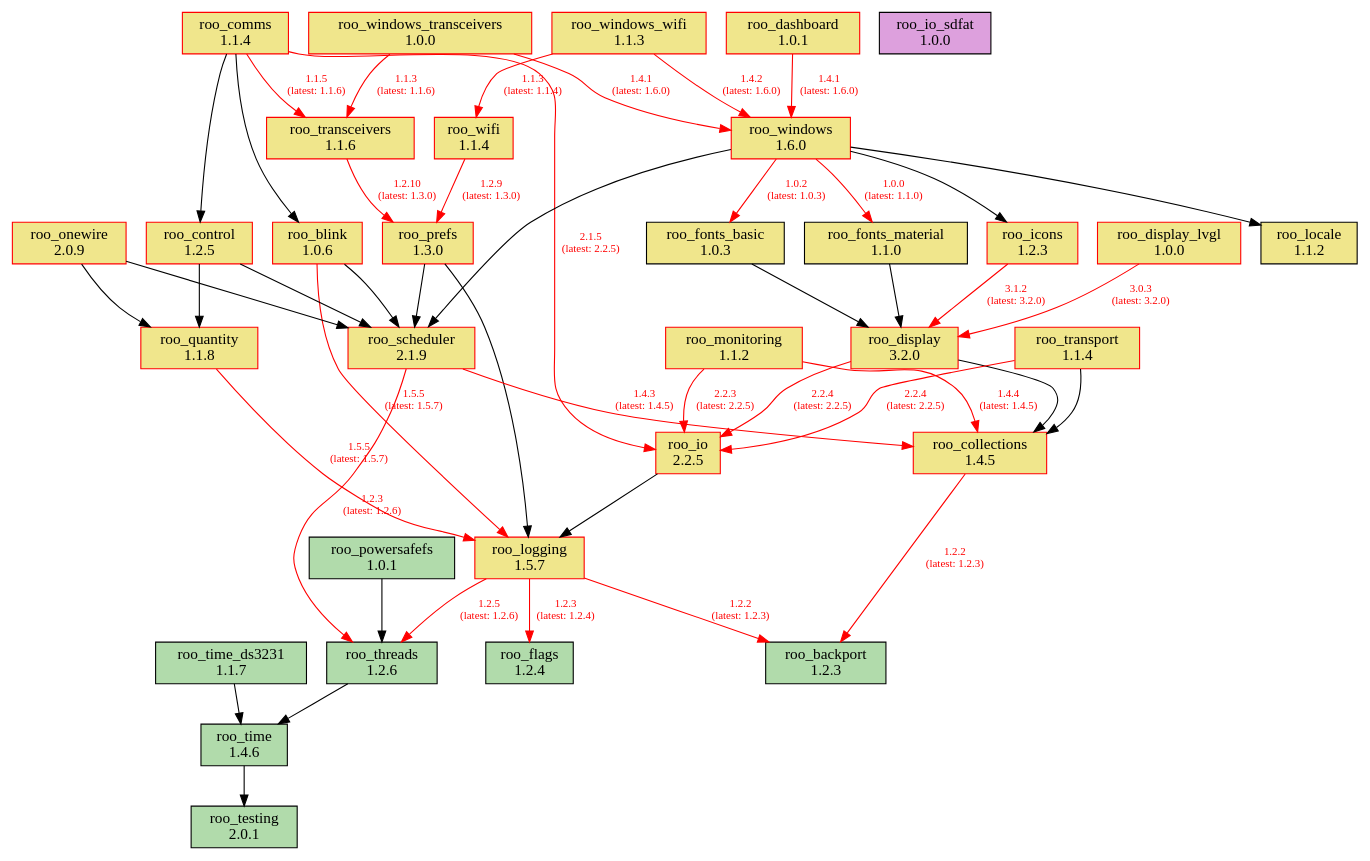
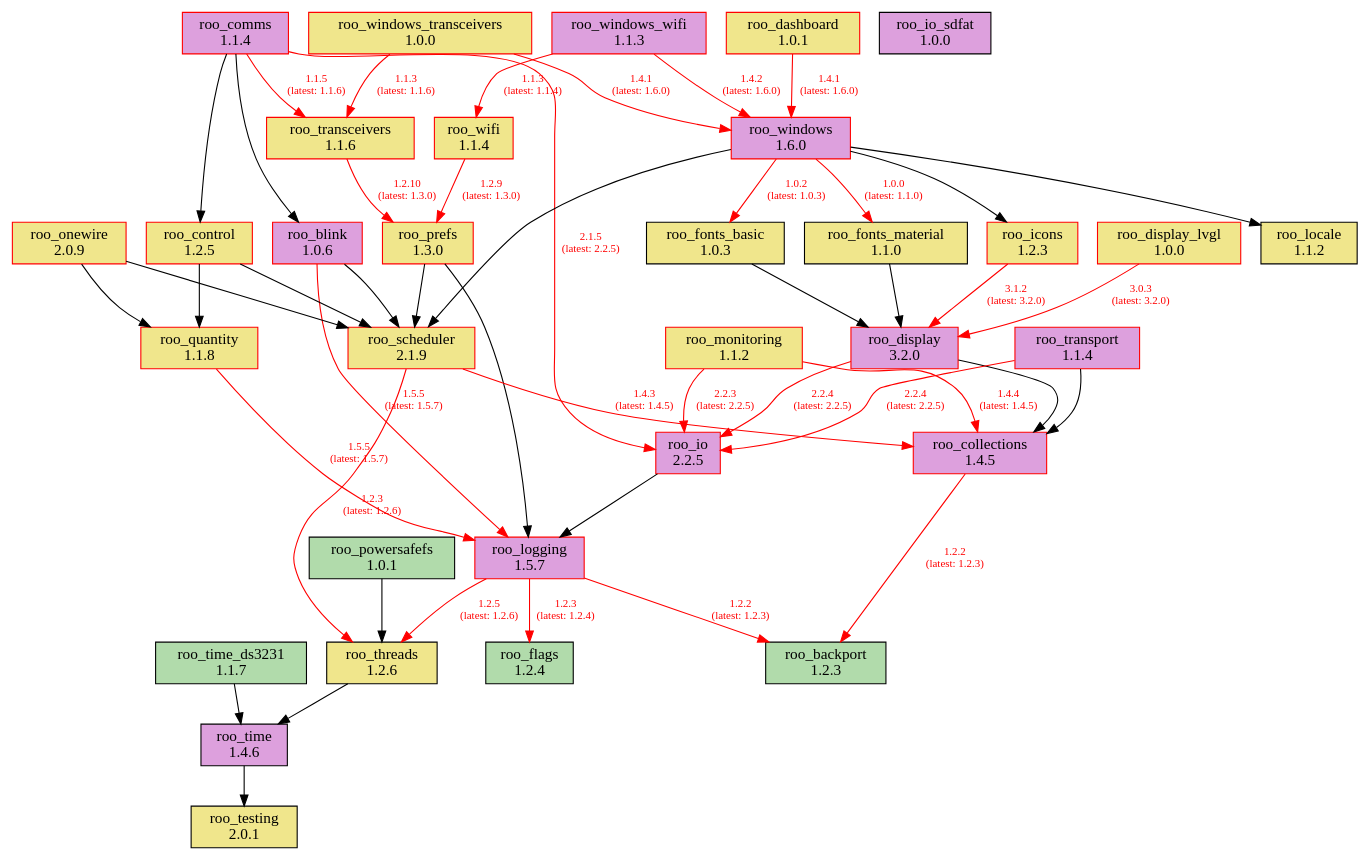
One commit to dejwk/roo-registry changed the diagram in doc/dependencies.dot. Above: the diagram before and after it, drawn with Graphviz. The commit also changed 1 other file, not shown here.

```diff
--- a/doc/dependencies.dot
+++ b/doc/dependencies.dot
@@ -1,87 +1,87 @@
 digraph dependencies {
     rankdir=TB;
     node [shape=box, style=filled];
     edge [fontsize=10];
 
     // Modules
     "roo_backport" [label="roo_backport\n1.2.3", fillcolor="#b1dbab", color="black"];
-    "roo_blink" [label="roo_blink\n1.0.6", fillcolor="khaki", color="red"];
-    "roo_collections" [label="roo_collections\n1.4.5", fillcolor="khaki", color="red"];
-    "roo_comms" [label="roo_comms\n1.1.4", fillcolor="khaki", color="red"];
+    "roo_blink" [label="roo_blink\n1.0.6", fillcolor="plum", color="red"];
+    "roo_collections" [label="roo_collections\n1.4.5", fillcolor="plum", color="red"];
+    "roo_comms" [label="roo_comms\n1.1.4", fillcolor="plum", color="red"];
     "roo_control" [label="roo_control\n1.2.5", fillcolor="khaki", color="red"];
     "roo_dashboard" [label="roo_dashboard\n1.0.1", fillcolor="khaki", color="red"];
-    "roo_display" [label="roo_display\n3.2.0", fillcolor="khaki", color="red"];
+    "roo_display" [label="roo_display\n3.2.0", fillcolor="plum", color="red"];
     "roo_display_lvgl" [label="roo_display_lvgl\n1.0.0", fillcolor="khaki", color="red"];
     "roo_flags" [label="roo_flags\n1.2.4", fillcolor="#b1dbab", color="black"];
     "roo_fonts_basic" [label="roo_fonts_basic\n1.0.3", fillcolor="khaki", color="black"];
     "roo_fonts_material" [label="roo_fonts_material\n1.1.0", fillcolor="khaki", color="black"];
     "roo_icons" [label="roo_icons\n1.2.3", fillcolor="khaki", color="red"];
-    "roo_io" [label="roo_io\n2.2.5", fillcolor="khaki", color="red"];
+    "roo_io" [label="roo_io\n2.2.5", fillcolor="plum", color="red"];
     "roo_io_sdfat" [label="roo_io_sdfat\n1.0.0", fillcolor="plum", color="black"];
     "roo_locale" [label="roo_locale\n1.1.2", fillcolor="khaki", color="black"];
-    "roo_logging" [label="roo_logging\n1.5.7", fillcolor="khaki", color="red"];
+    "roo_logging" [label="roo_logging\n1.5.7", fillcolor="plum", color="red"];
     "roo_monitoring" [label="roo_monitoring\n1.1.2", fillcolor="khaki", color="red"];
     "roo_onewire" [label="roo_onewire\n2.0.9", fillcolor="khaki", color="red"];
     "roo_powersafefs" [label="roo_powersafefs\n1.0.1", fillcolor="#b1dbab", color="black"];
     "roo_prefs" [label="roo_prefs\n1.3.0", fillcolor="khaki", color="red"];
     "roo_quantity" [label="roo_quantity\n1.1.8", fillcolor="khaki", color="red"];
     "roo_scheduler" [label="roo_scheduler\n2.1.9", fillcolor="khaki", color="red"];
-    "roo_testing" [label="roo_testing\n2.0.1", fillcolor="#b1dbab", color="black"];
-    "roo_threads" [label="roo_threads\n1.2.6", fillcolor="#b1dbab", color="black"];
-    "roo_time" [label="roo_time\n1.4.6", fillcolor="#b1dbab", color="black"];
+    "roo_testing" [label="roo_testing\n2.0.1", fillcolor="khaki", color="black"];
+    "roo_threads" [label="roo_threads\n1.2.6", fillcolor="khaki", color="black"];
+    "roo_time" [label="roo_time\n1.4.6", fillcolor="plum", color="black"];
     "roo_time_ds3231" [label="roo_time_ds3231\n1.1.7", fillcolor="#b1dbab", color="black"];
     "roo_transceivers" [label="roo_transceivers\n1.1.6", fillcolor="khaki", color="red"];
-    "roo_transport" [label="roo_transport\n1.1.4", fillcolor="khaki", color="red"];
+    "roo_transport" [label="roo_transport\n1.1.4", fillcolor="plum", color="red"];
     "roo_wifi" [label="roo_wifi\n1.1.4", fillcolor="khaki", color="red"];
-    "roo_windows" [label="roo_windows\n1.6.0", fillcolor="khaki", color="red"];
+    "roo_windows" [label="roo_windows\n1.6.0", fillcolor="plum", color="red"];
     "roo_windows_transceivers" [label="roo_windows_transceivers\n1.0.0", fillcolor="khaki", color="red"];
-    "roo_windows_wifi" [label="roo_windows_wifi\n1.1.3", fillcolor="khaki", color="red"];
+    "roo_windows_wifi" [label="roo_windows_wifi\n1.1.3", fillcolor="plum", color="red"];
 
     // Dependencies
     "roo_blink" -> "roo_logging" [color=red, fontcolor=red, label="1.5.5\n(latest: 1.5.7)"];
     "roo_blink" -> "roo_scheduler";
     "roo_collections" -> "roo_backport" [color=red, fontcolor=red, label="1.2.2\n(latest: 1.2.3)"];
     "roo_comms" -> "roo_blink";
     "roo_comms" -> "roo_control";
     "roo_comms" -> "roo_io" [color=red, fontcolor=red, label="2.1.5\n(latest: 2.2.5)"];
     "roo_comms" -> "roo_transceivers" [color=red, fontcolor=red, label="1.1.5\n(latest: 1.1.6)"];
     "roo_control" -> "roo_quantity";
     "roo_control" -> "roo_scheduler";
     "roo_dashboard" -> "roo_windows" [color=red, fontcolor=red, label="1.4.1\n(latest: 1.6.0)"];
     "roo_display" -> "roo_collections";
     "roo_display" -> "roo_io" [color=red, fontcolor=red, label="2.2.4\n(latest: 2.2.5)"];
     "roo_display_lvgl" -> "roo_display" [color=red, fontcolor=red, label="3.0.3\n(latest: 3.2.0)"];
     "roo_fonts_basic" -> "roo_display";
     "roo_fonts_material" -> "roo_display";
     "roo_icons" -> "roo_display" [color=red, fontcolor=red, label="3.1.2\n(latest: 3.2.0)"];
     "roo_io" -> "roo_logging";
     "roo_logging" -> "roo_backport" [color=red, fontcolor=red, label="1.2.2\n(latest: 1.2.3)"];
     "roo_logging" -> "roo_flags" [color=red, fontcolor=red, label="1.2.3\n(latest: 1.2.4)"];
     "roo_logging" -> "roo_threads" [color=red, fontcolor=red, label="1.2.5\n(latest: 1.2.6)"];
     "roo_monitoring" -> "roo_collections" [color=red, fontcolor=red, label="1.4.4\n(latest: 1.4.5)"];
     "roo_monitoring" -> "roo_io" [color=red, fontcolor=red, label="2.2.3\n(latest: 2.2.5)"];
     "roo_onewire" -> "roo_scheduler";
     "roo_onewire" -> "roo_quantity";
     "roo_powersafefs" -> "roo_threads";
     "roo_prefs" -> "roo_logging";
     "roo_prefs" -> "roo_scheduler";
     "roo_quantity" -> "roo_logging" [color=red, fontcolor=red, label="1.5.5\n(latest: 1.5.7)"];
     "roo_scheduler" -> "roo_collections" [color=red, fontcolor=red, label="1.4.3\n(latest: 1.4.5)"];
     "roo_scheduler" -> "roo_threads" [color=red, fontcolor=red, label="1.2.3\n(latest: 1.2.6)"];
     "roo_threads" -> "roo_time";
     "roo_time" -> "roo_testing";
     "roo_time_ds3231" -> "roo_time";
     "roo_transceivers" -> "roo_prefs" [color=red, fontcolor=red, label="1.2.10\n(latest: 1.3.0)"];
     "roo_transport" -> "roo_collections";
     "roo_transport" -> "roo_io" [color=red, fontcolor=red, label="2.2.4\n(latest: 2.2.5)"];
     "roo_wifi" -> "roo_prefs" [color=red, fontcolor=red, label="1.2.9\n(latest: 1.3.0)"];
     "roo_windows" -> "roo_fonts_basic" [color=red, fontcolor=red, label="1.0.2\n(latest: 1.0.3)"];
     "roo_windows" -> "roo_fonts_material" [color=red, fontcolor=red, label="1.0.0\n(latest: 1.1.0)"];
     "roo_windows" -> "roo_locale";
     "roo_windows" -> "roo_icons";
     "roo_windows" -> "roo_scheduler";
     "roo_windows_transceivers" -> "roo_transceivers" [color=red, fontcolor=red, label="1.1.3\n(latest: 1.1.6)"];
     "roo_windows_transceivers" -> "roo_windows" [color=red, fontcolor=red, label="1.4.1\n(latest: 1.6.0)"];
     "roo_windows_wifi" -> "roo_wifi" [color=red, fontcolor=red, label="1.1.3\n(latest: 1.1.4)"];
     "roo_windows_wifi" -> "roo_windows" [color=red, fontcolor=red, label="1.4.2\n(latest: 1.6.0)"];
 }
```
